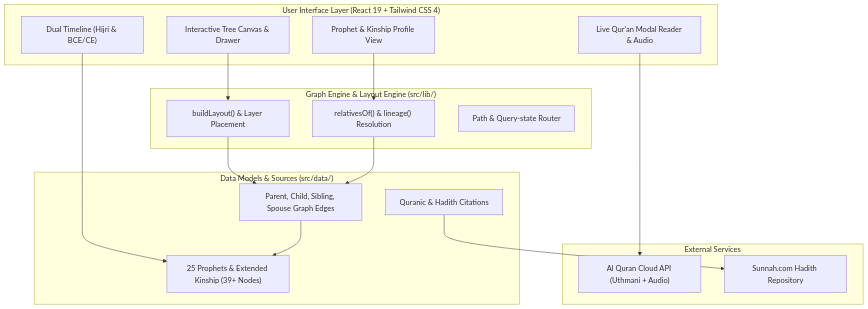
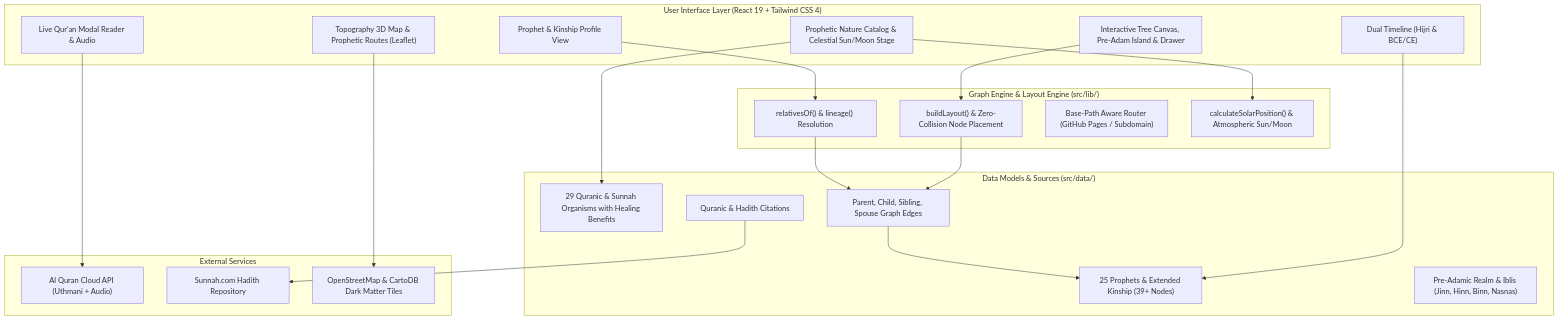
One commit to Bosaj/prophets-family-tree changed the diagram in docs/wiki/1-Architecture.md. Above: the diagram before and after it, drawn with Mermaid. The commit also changed other lines of this file and 10 other files, not shown here.

Commit message:
fix(tree): resolve UI overlaps, make legend collapsible, clean epoch dates, add GitHub Pages deploy workflow, and release v2.0.0

````diff
--- a/docs/wiki/1-Architecture.md
+++ b/docs/wiki/1-Architecture.md
@@ -5,35 +5,44 @@
 ```mermaid
 flowchart TD
     subgraph UI ["User Interface Layer (React 19 + Tailwind CSS 4)"]
-        Tree["Interactive Tree Canvas & Drawer"]
+        Tree["Interactive Tree Canvas, Pre-Adam Island & Drawer"]
         Timeline["Dual Timeline (Hijri & BCE/CE)"]
+        Map["Topography 3D Map & Prophetic Routes (Leaflet)"]
+        Nature["Prophetic Nature Catalog & Celestial Sun/Moon Stage"]
         Person["Prophet & Kinship Profile View"]
         Reader["Live Qur'an Modal Reader & Audio"]
     end
 
     subgraph Core ["Graph Engine & Layout Engine (src/lib/)"]
-        Layout["buildLayout() & Layer Placement"]
+        Layout["buildLayout() & Zero-Collision Node Placement"]
         Kinship["relativesOf() & lineage() Resolution"]
-        Router["Path & Query-state Router"]
+        Router["Base-Path Aware Router (GitHub Pages / Subdomain)"]
+        Solar["calculateSolarPosition() & Atmospheric Sun/Moon"]
     end
 
     subgraph Data ["Data Models & Sources (src/data/)"]
         People["25 Prophets & Extended Kinship (39+ Nodes)"]
+        PreAdam["Pre-Adamic Realm & Iblis (Jinn, Hinn, Binn, Nasnas)"]
+        NatureData["29 Quranic & Sunnah Organisms with Healing Benefits"]
         Links["Parent, Child, Sibling, Spouse Graph Edges"]
         Sources["Quranic & Hadith Citations"]
     end
 
     subgraph External ["External Services"]
         QuranAPI["Al Quran Cloud API (Uthmani + Audio)"]
         SunnahCom["Sunnah.com Hadith Repository"]
+        OSM["OpenStreetMap & CartoDB Dark Matter Tiles"]
     end
 
     Tree --> Layout
     Timeline --> People
+    Map --> OSM
+    Nature --> NatureData
+    Nature --> Solar
     Person --> Kinship
     Reader --> QuranAPI
     Sources --> SunnahCom
     Layout --> Links
     Kinship --> Links
     Links --> People
 ```
````
